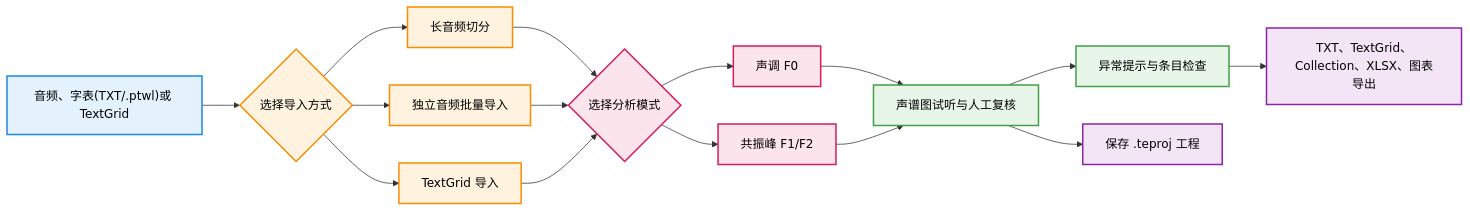
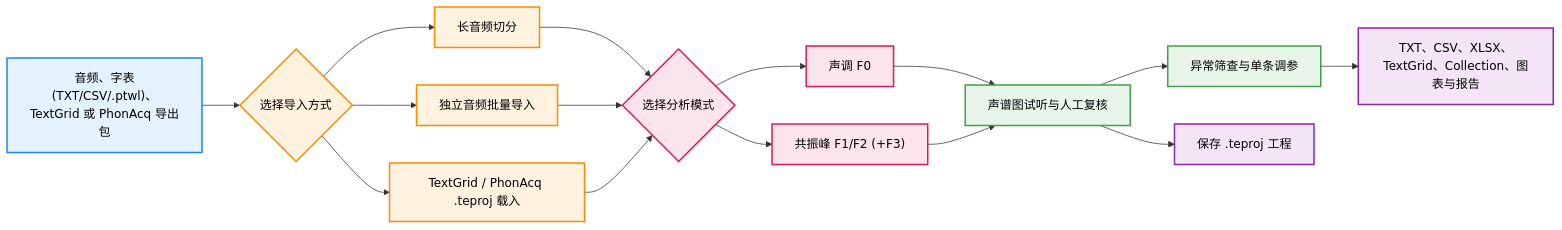
The diagram in README.md (KasumiKitsune/PhonTracer), drawn with Mermaid before and after one commit. The commit also changed other lines of this file, not shown here.

Commit message:
docs: update README for v1.0.0 capabilities and cross-link PhonAcq

````diff
--- a/README.md
+++ b/README.md
@@ -105,24 +104,24 @@
 ```mermaid
 flowchart LR
     %% ================= 样式库 =================
     classDef input fill:#E3F2FD,stroke:#1E88E5,stroke-width:2px,color:#000
     classDef route fill:#FFF3E0,stroke:#FB8C00,stroke-width:2px,color:#000
     classDef core fill:#FCE4EC,stroke:#D81B60,stroke-width:2px,color:#000
     classDef ui fill:#E8F5E9,stroke:#43A047,stroke-width:2px,color:#000
     classDef export fill:#F3E5F5,stroke:#8E24AA,stroke-width:2px,color:#000
 
-    A["音频、字表(TXT/.ptwl)或 TextGrid"]:::input --> B{"选择导入方式"}:::route
+    A["音频、字表(TXT/CSV/.ptwl)、TextGrid 或 PhonAcq 导出包"]:::input --> B{"选择导入方式"}:::route
     B --> C["长音频切分"]:::route
     B --> D["独立音频批量导入"]:::route
-    B --> E["TextGrid 导入"]:::route
+    B --> E["TextGrid / PhonAcq .teproj 载入"]:::route
     C --> F{"选择分析模式"}:::core
     D --> F
     E --> F
     F --> G["声调 F0"]:::core
-    F --> H["共振峰 F1/F2"]:::core
+    F --> H["共振峰 F1/F2 (+F3)"]:::core
     G --> I["声谱图试听与人工复核"]:::ui
     H --> I
-    I --> J["异常提示与条目检查"]:::ui
-    J --> K["TXT、TextGrid、Collection、XLSX、图表导出"]:::export
+    I --> J["异常筛查与单条调参"]:::ui
+    J --> K["TXT、CSV、XLSX、TextGrid、Collection、图表与报告"]:::export
     I --> L["保存 .teproj 工程"]:::export
 ```
````
